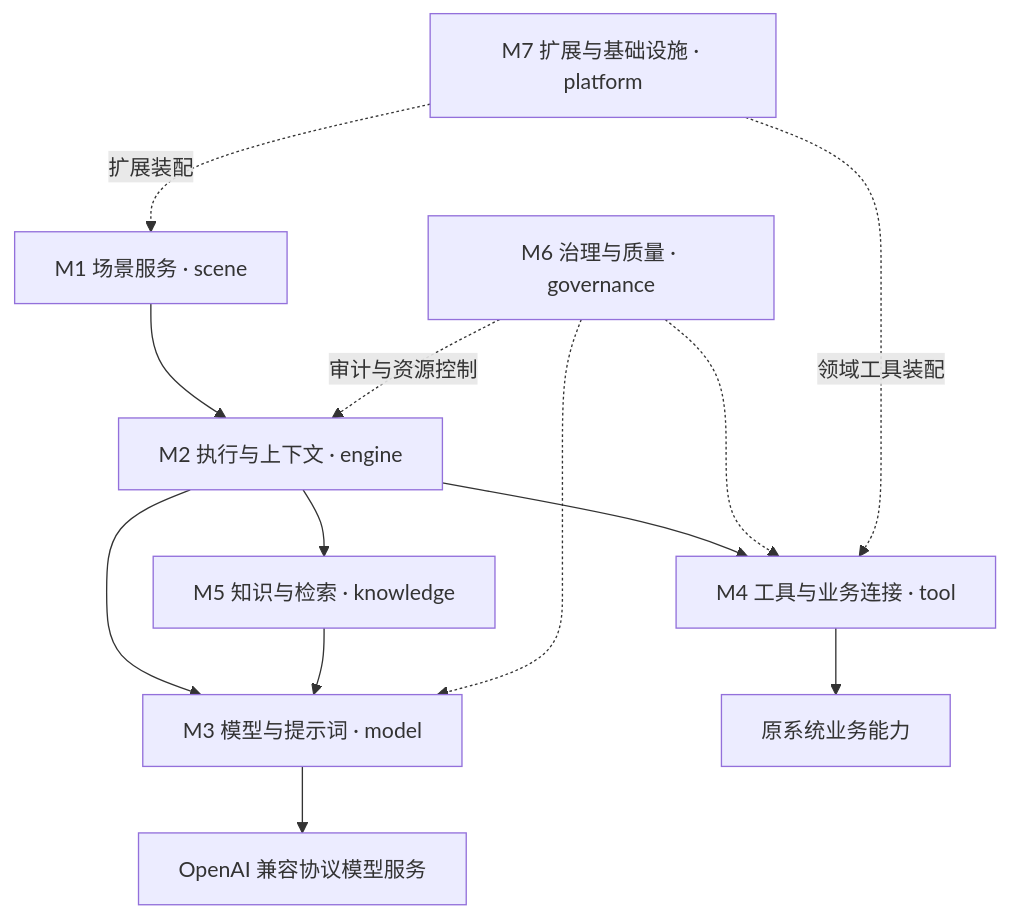
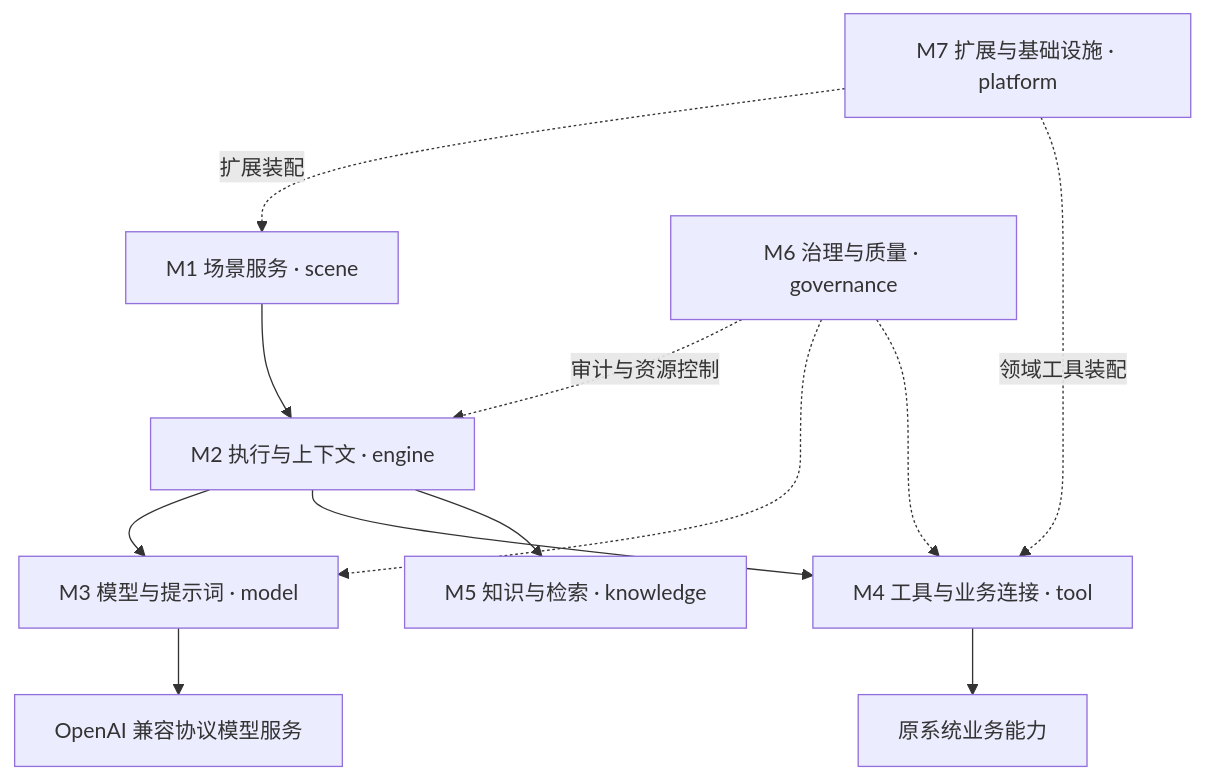
One commit to blackWhaleK/astra-core changed the diagram in docs/baseline/specificationV2.md. Above: the diagram before and after it, drawn with Mermaid. The commit also changed other lines of this file and 4 other files, not shown here.

````diff
--- a/docs/baseline/specificationV2.md
+++ b/docs/baseline/specificationV2.md
@@ -19,22 +19,21 @@
 ```mermaid
 flowchart TB
     SCENE["M1 场景服务 · scene"]
     ENGINE["M2 执行与上下文 · engine"]
     MODEL["M3 模型与提示词 · model"]
     TOOL["M4 工具与业务连接 · tool"]
     KNOW["M5 知识与检索 · knowledge"]
     GOV["M6 治理与质量 · governance"]
     PLATFORM["M7 扩展与基础设施 · platform"]
     SCENE --> ENGINE
     ENGINE --> MODEL
     ENGINE --> TOOL
     ENGINE --> KNOW
-    KNOW --> MODEL
     GOV -. 审计与资源控制 .-> ENGINE
     GOV -.-> MODEL
     GOV -.-> TOOL
     PLATFORM -. 扩展装配 .-> SCENE
     PLATFORM -. 领域工具装配 .-> TOOL
     MODEL --> LLM["OpenAI 兼容协议模型服务"]
     TOOL --> BIZ[原系统业务能力]
 ```
````
